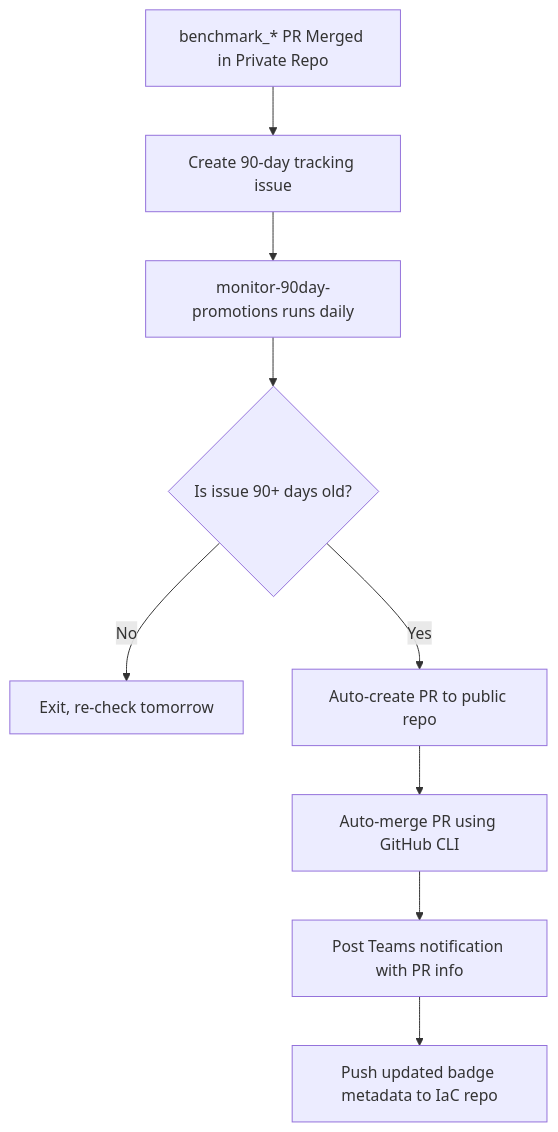
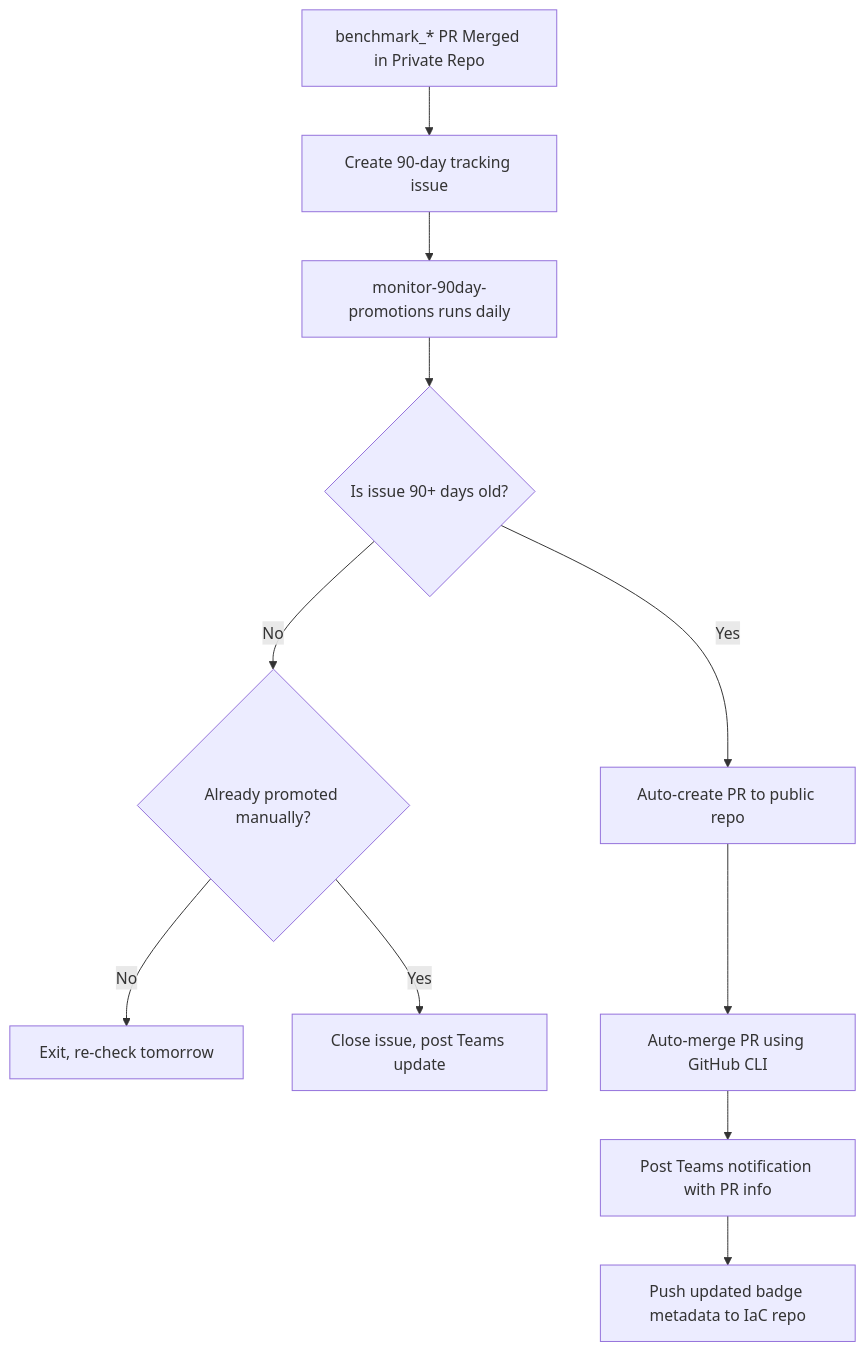
The fourth of 4 diagrams in README.md (ansible-lockdown/github_windows_IaC), drawn with Mermaid before and after one commit.

Commit message:
Readme Update

````diff
--- a/README.md
+++ b/README.md
@@ -303,11 +303,13 @@
 ```mermaid
 graph TD;
   A[benchmark_* PR Merged in Private Repo] --> B[Create 90-day tracking issue]
   B --> C[monitor-90day-promotions runs daily]
   C --> D{Is issue 90+ days old?}
-  D -- No --> E[Exit, re-check tomorrow]
-  D -- Yes --> F[Auto-create PR to public repo]
-  F --> G[Auto-merge PR using GitHub CLI]
-  G --> H[Post Teams notification with PR info]
-  H --> I[Push updated badge metadata to IaC repo]
+  D -- No --> E{Already promoted manually?}
+  E -- No --> F[Exit, re-check tomorrow]
+  E -- Yes --> G[Close issue, post Teams update]
+  D -- Yes --> H[Auto-create PR to public repo]
+  H --> I[Auto-merge PR using GitHub CLI]
+  I --> J[Post Teams notification with PR info]
+  J --> K[Push updated badge metadata to IaC repo]
 ```
````
